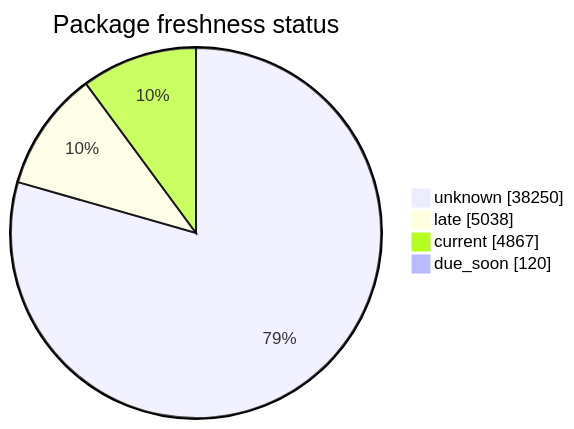
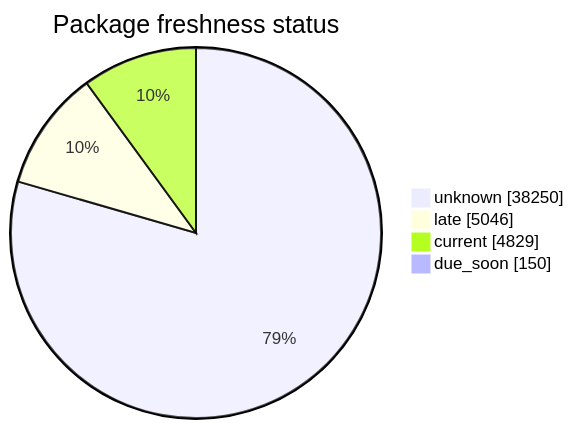
The second of 5 diagrams in FreshCheck/README.md (open-data/analytics-corporate-reporting), drawn with Mermaid before and after one commit. The commit also changed other lines of this file and 3 other files, not shown here.

````diff
--- a/FreshCheck/README.md
+++ b/FreshCheck/README.md
@@ -68,7 +68,7 @@
 ```mermaid
 pie showData title Package freshness status
     "unknown": 38250
-    "late": 5038
-    "current": 4867
-    "due_soon": 120
+    "late": 5046
+    "current": 4829
+    "due_soon": 150
 ```
````
